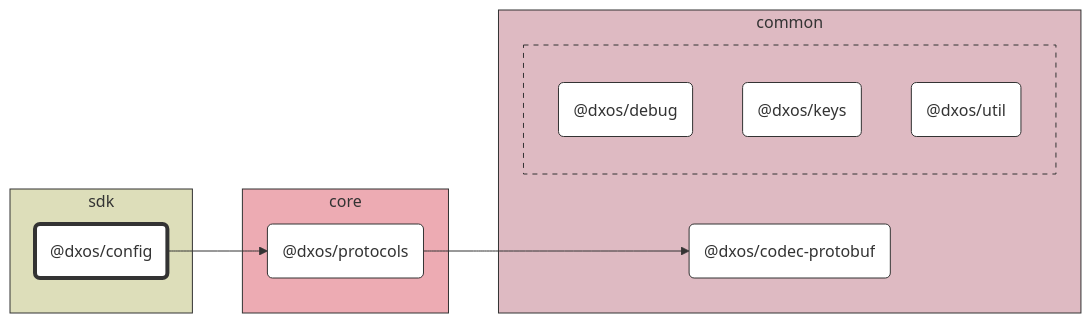
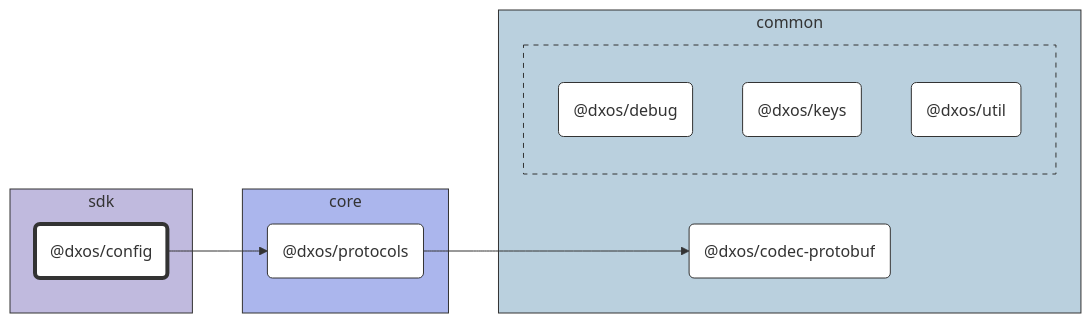
The diagram in packages/sdk/config/docs/README.md (dxos/dxos), drawn with Mermaid before and after one commit. The commit also changed 86 other files, not shown here.

````diff
--- a/packages/sdk/config/docs/README.md
+++ b/packages/sdk/config/docs/README.md
@@ -7,44 +7,44 @@
 ```mermaid
 %%{ init: {'flowchart':{'curve':'basis'}} }%%
 
 flowchart LR
 
 %% Classes
 classDef def fill:#fff,stroke:#333,stroke-width:1px
 classDef root fill:#fff,stroke:#333,stroke-width:4px
 
 %% Nodes
 
 subgraph sdk [sdk]
-  style sdk fill:#dddeba,stroke:#333
+  style sdk fill:#c0bade,stroke:#333
   dxos/config("@dxos/config"):::root
   click dxos/config "dxos/dxos/tree/main/packages/sdk/config/docs"
 end
 
 subgraph common [common]
-  style common fill:#debac2,stroke:#333
+  style common fill:#bad0de,stroke:#333
   dxos/codec-protobuf("@dxos/codec-protobuf"):::def
   click dxos/codec-protobuf "dxos/dxos/tree/main/packages/common/codec-protobuf/docs"
 
   subgraph _ [ ]
-    style _ fill:#debac2,stroke:#333,stroke-dasharray:5 5
+    style _ fill:#bad0de,stroke:#333,stroke-dasharray:5 5
     dxos/debug("@dxos/debug"):::def
     click dxos/debug "dxos/dxos/tree/main/packages/common/debug/docs"
     dxos/keys("@dxos/keys"):::def
     click dxos/keys "dxos/dxos/tree/main/packages/common/keys/docs"
     dxos/util("@dxos/util"):::def
     click dxos/util "dxos/dxos/tree/main/packages/common/util/docs"
   end
 end
 
 subgraph core [core]
-  style core fill:#edabb3,stroke:#333
+  style core fill:#abb6ed,stroke:#333
   dxos/protocols("@dxos/protocols"):::def
   click dxos/protocols "dxos/dxos/tree/main/packages/core/protocols/docs"
 end
 
 %% Links
 linkStyle default stroke:#333,stroke-width:1px
 dxos/config --> dxos/protocols
 dxos/protocols --> dxos/codec-protobuf
 ```
````
